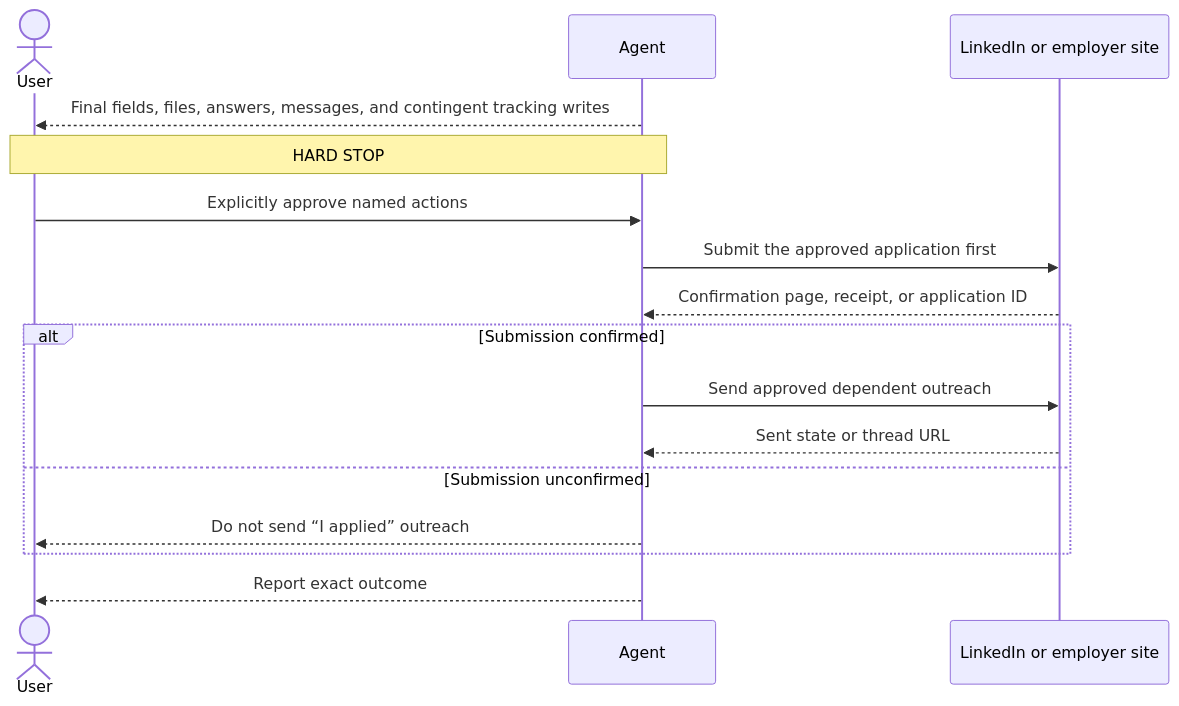
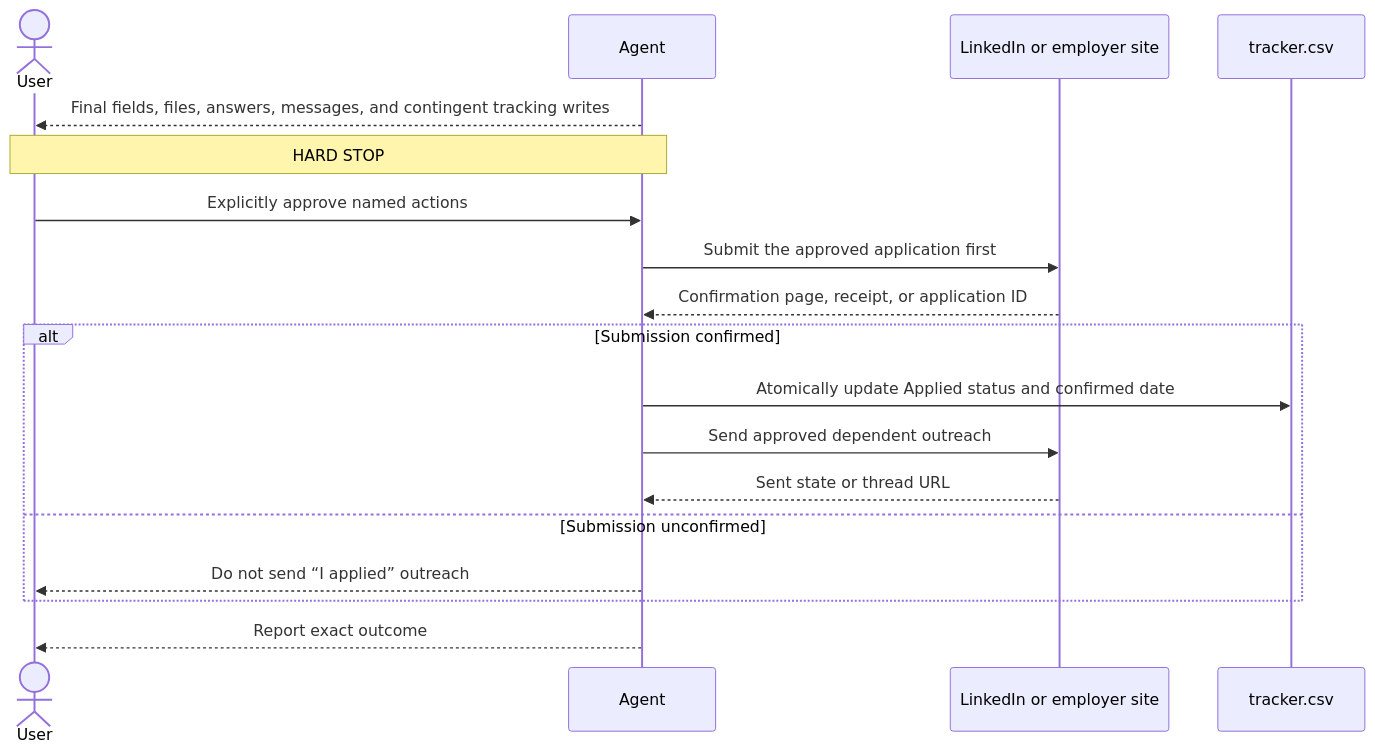
Before and after one commit to fsw0422/skills: the second of 2 diagrams in linkedin-job-pilot/references/application-gates.md, drawn with Mermaid. The commit also changed other lines of this file and 2 other files, not shown here.

````diff
--- a/linkedin-job-pilot/references/application-gates.md
+++ b/linkedin-job-pilot/references/application-gates.md
@@ -166,18 +166,20 @@
 ```mermaid
 sequenceDiagram
     actor U as User
     participant A as Agent
     participant S as LinkedIn or employer site
+    participant C as tracker.csv
     A-->>U: Final fields, files, answers, messages, and contingent tracking writes
     Note over A,U: HARD STOP
     U->>A: Explicitly approve named actions
     A->>S: Submit the approved application first
     S-->>A: Confirmation page, receipt, or application ID
     alt Submission confirmed
+        A->>C: Atomically update Applied status and confirmed date
         A->>S: Send approved dependent outreach
         S-->>A: Sent state or thread URL
     else Submission unconfirmed
         A-->>U: Do not send “I applied” outreach
     end
     A-->>U: Report exact outcome
 ```
````
